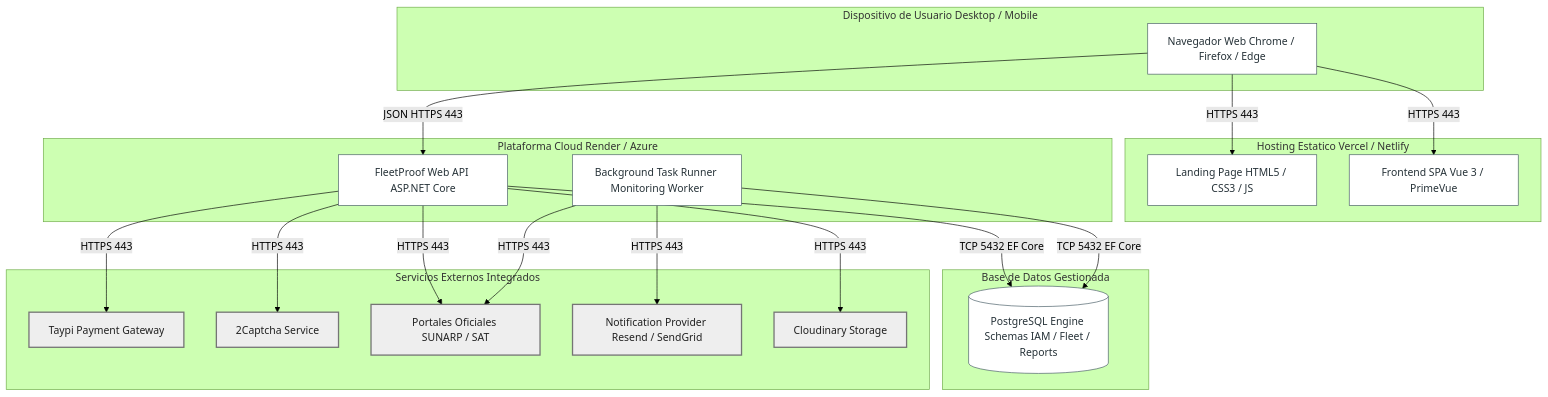
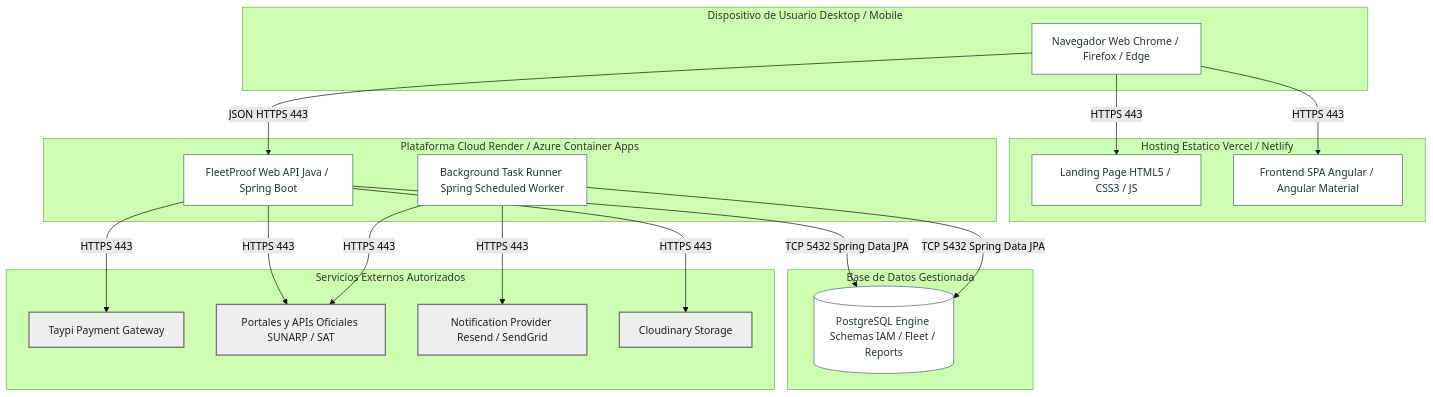
One commit to 1ASI0729-7800-BLIP/blip-fleetproof-project-report changed the fifth of 7 diagrams in docs/05-chapter-4-product-design.md. Above: the diagram before and after it, drawn with Mermaid (forest theme).

Commit message:
docs(ch4): update deployment diagram to Spring Boot, Angular and PostgreSQL in 4.6.4
- Update section 4.6.4 deployment diagram to reflect Java / Spring Boot and Angular SPA.
- Remove 2Captcha service node to adhere to authorized API integration standards (H-05).
- Explicitly specify Spring Data JPA connection over TCP 5432 to PostgreSQL.

````diff
--- a/docs/05-chapter-4-product-design.md
+++ b/docs/05-chapter-4-product-design.md
@@ -692,49 +692,47 @@
 ```mermaid
 flowchart TB
     classDef clientNode fill:#eceff1,stroke:#607d8b,stroke-width:2px,color:#263238;
     classDef edgeNode fill:#e3f2fd,stroke:#1e88e5,stroke-width:2px,color:#0d47a1;
     classDef computeNode fill:#e8eaf6,stroke:#3f51b5,stroke-width:2px,color:#1a237e;
     classDef dbNode fill:#e8f5e9,stroke:#43a047,stroke-width:2px,color:#1b5e20;
     classDef extNode fill:#eeeeee,stroke:#757575,stroke-width:2px,color:#212121;
     classDef artifact fill:#ffffff,stroke:#455a64,stroke-width:1px,color:#263238;
 
     subgraph Client_Device [Dispositivo de Usuario Desktop / Mobile]
         browser[Navegador Web Chrome / Firefox / Edge]:::artifact
     end
 
     subgraph Hosting_Static [Hosting Estatico Vercel / Netlify]
         landing_art[Landing Page HTML5 / CSS3 / JS]:::artifact
-        spa_art[Frontend SPA Vue 3 / PrimeVue]:::artifact
+        spa_art[Frontend SPA Angular / Angular Material]:::artifact
     end
 
-    subgraph Cloud_PaaS [Plataforma Cloud Render / Azure]
-        api_art[FleetProof Web API ASP.NET Core]:::artifact
-        worker_art[Background Task Runner Monitoring Worker]:::artifact
+    subgraph Cloud_PaaS [Plataforma Cloud Render / Azure Container Apps]
+        api_art[FleetProof Web API Java / Spring Boot]:::artifact
+        worker_art[Background Task Runner Spring Scheduled Worker]:::artifact
     end
 
     subgraph Cloud_DB [Base de Datos Gestionada]
         db_engine[(PostgreSQL Engine Schemas IAM / Fleet / Reports)]:::artifact
     end
 
-    subgraph External_Cloud [Servicios Externos Integrados]
+    subgraph External_Cloud [Servicios Externos Autorizados]
         srv_pay[Taypi Payment Gateway]:::extNode
-        srv_captcha[2Captcha Service]:::extNode
-        srv_gov[Portales Oficiales SUNARP / SAT]:::extNode
+        srv_gov[Portales y APIs Oficiales SUNARP / SAT]:::extNode
         srv_notif[Notification Provider Resend / SendGrid]:::extNode
         srv_media[Cloudinary Storage]:::extNode
     end
 
     browser -->|HTTPS 443| landing_art
     browser -->|HTTPS 443| spa_art
     browser -->|JSON HTTPS 443| api_art
 
-    api_art -->|TCP 5432 EF Core| db_engine
-    worker_art -->|TCP 5432 EF Core| db_engine
+    api_art -->|TCP 5432 Spring Data JPA| db_engine
+    worker_art -->|TCP 5432 Spring Data JPA| db_engine
 
     api_art -->|HTTPS 443| srv_pay
-    api_art -->|HTTPS 443| srv_captcha
     api_art -->|HTTPS 443| srv_gov
     worker_art -->|HTTPS 443| srv_gov
     worker_art -->|HTTPS 443| srv_notif
     api_art -->|HTTPS 443| srv_media
 ```
````
